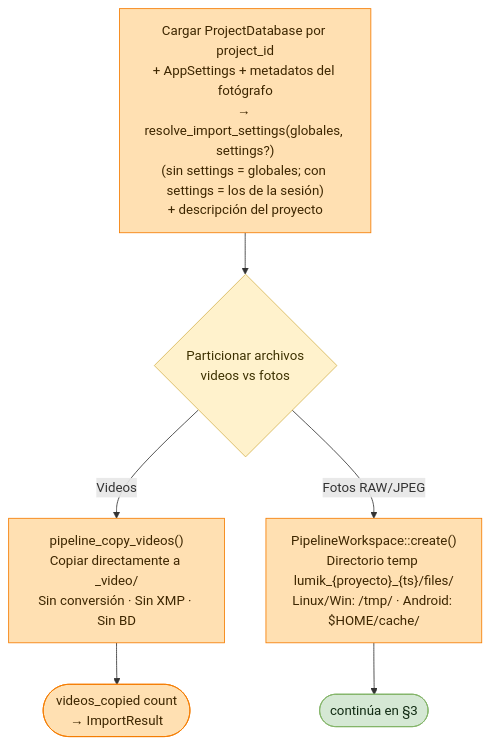
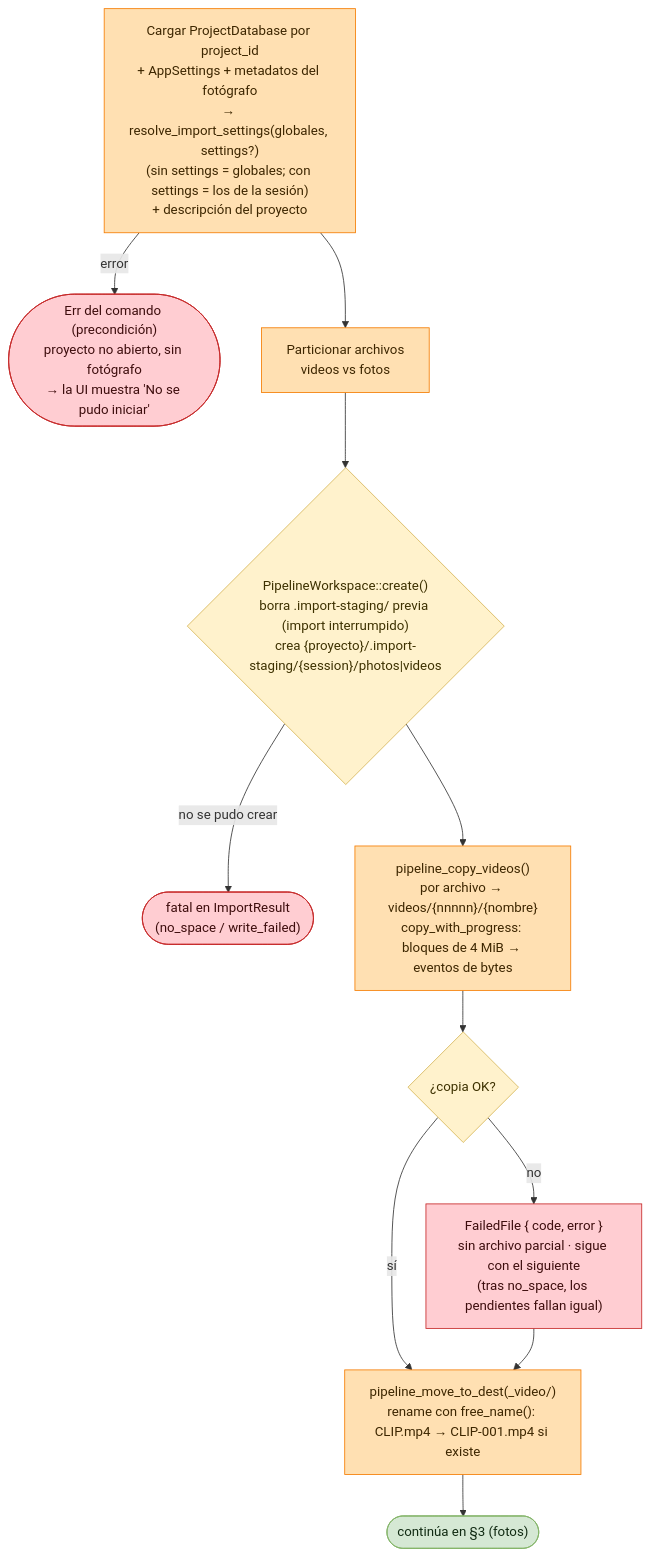
One commit to everitosan/lumik changed the third of 7 diagrams in docs/useCases/flujo-importar-imagenes.md. Above: the diagram before and after it, drawn with Mermaid. The commit also changed other lines of this file and 22 other files, not shown here.

````diff
--- a/docs/useCases/flujo-importar-imagenes.md
+++ b/docs/useCases/flujo-importar-imagenes.md
@@ -72,20 +74,30 @@
 ```mermaid
 flowchart TD
     be_load["Cargar ProjectDatabase por project_id<br/>+ AppSettings + metadatos del fotógrafo<br/>→ resolve_import_settings(globales, settings?)<br/>(sin settings = globales; con settings = los de la sesión)<br/>+ descripción del proyecto"]
-    part{"Particionar archivos<br/>videos vs fotos"}
-    video_copy["pipeline_copy_videos()<br/>Copiar directamente a _video/<br/>Sin conversión · Sin XMP · Sin BD"]
-    video_done(["videos_copied count<br/>→ ImportResult"])
-    ws["PipelineWorkspace::create()<br/>Directorio temp lumik_{proyecto}_{ts}/files/<br/>Linux/Win: /tmp/ · Android: $HOME/cache/"]
-    next(["continúa en §3"])
+    pre_err(["Err del comando (precondición)<br/>proyecto no abierto, sin fotógrafo<br/>→ la UI muestra 'No se pudo iniciar'"])
+    part["Particionar archivos<br/>videos vs fotos"]
+    ws{"PipelineWorkspace::create()<br/>borra .import-staging/ previa (import interrumpido)<br/>crea {proyecto}/.import-staging/{session}/photos|videos"}
+    fatal(["fatal en ImportResult<br/>(no_space / write_failed)"])
+    video_stage["pipeline_copy_videos()<br/>por archivo → videos/{nnnnn}/{nombre}<br/>copy_with_progress: bloques de 4 MiB → eventos de bytes"]
+    video_q{"¿copia OK?"}
+    video_fail["FailedFile { code, error }<br/>sin archivo parcial · sigue con el siguiente<br/>(tras no_space, los pendientes fallan igual)"]
+    video_move["pipeline_move_to_dest(_video/)<br/>rename con free_name(): CLIP.mp4 → CLIP-001.mp4 si existe"]
+    next(["continúa en §3 (fotos)"])
 
-    be_load --> part
-    part -->|Videos| video_copy --> video_done
-    part -->|Fotos RAW/JPEG| ws --> next
+    be_load -->|error| pre_err
+    be_load --> part --> ws
+    ws -->|no se pudo crear| fatal
+    ws --> video_stage --> video_q
+    video_q -->|sí| video_move
+    video_q -->|no| video_fail --> video_move
+    video_move --> next
 
     classDef term fill:#d5e8d4,stroke:#82b366,color:#102a12
     classDef be fill:#ffe0b2,stroke:#f57c00,color:#3d2600
     classDef dec fill:#fff2cc,stroke:#d6b656,color:#3d3100
+    classDef err fill:#ffcdd2,stroke:#c62828,color:#3d0d0d
     class next term
-    class be_load,video_copy,video_done,ws be
-    class part dec
+    class be_load,part,video_stage,video_move be
+    class ws,video_q dec
+    class pre_err,fatal,video_fail err
 ```
````
